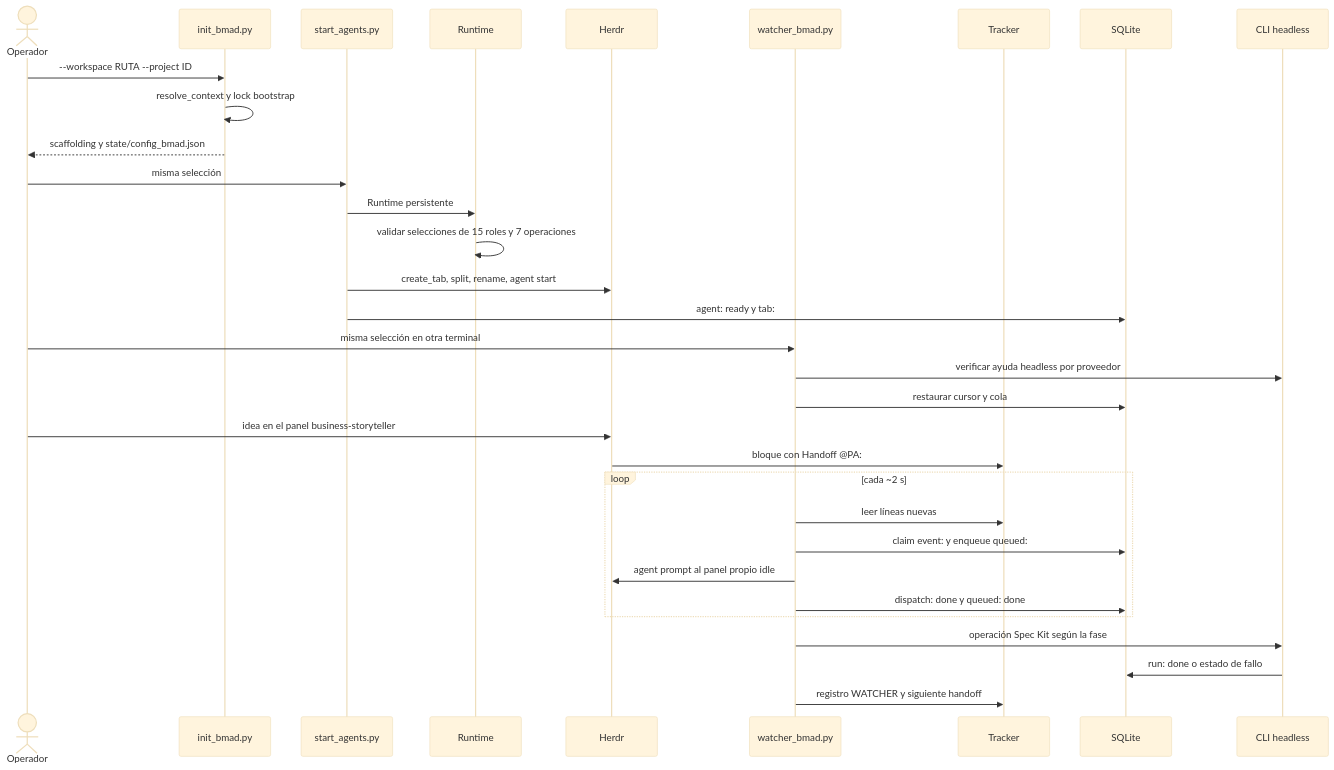
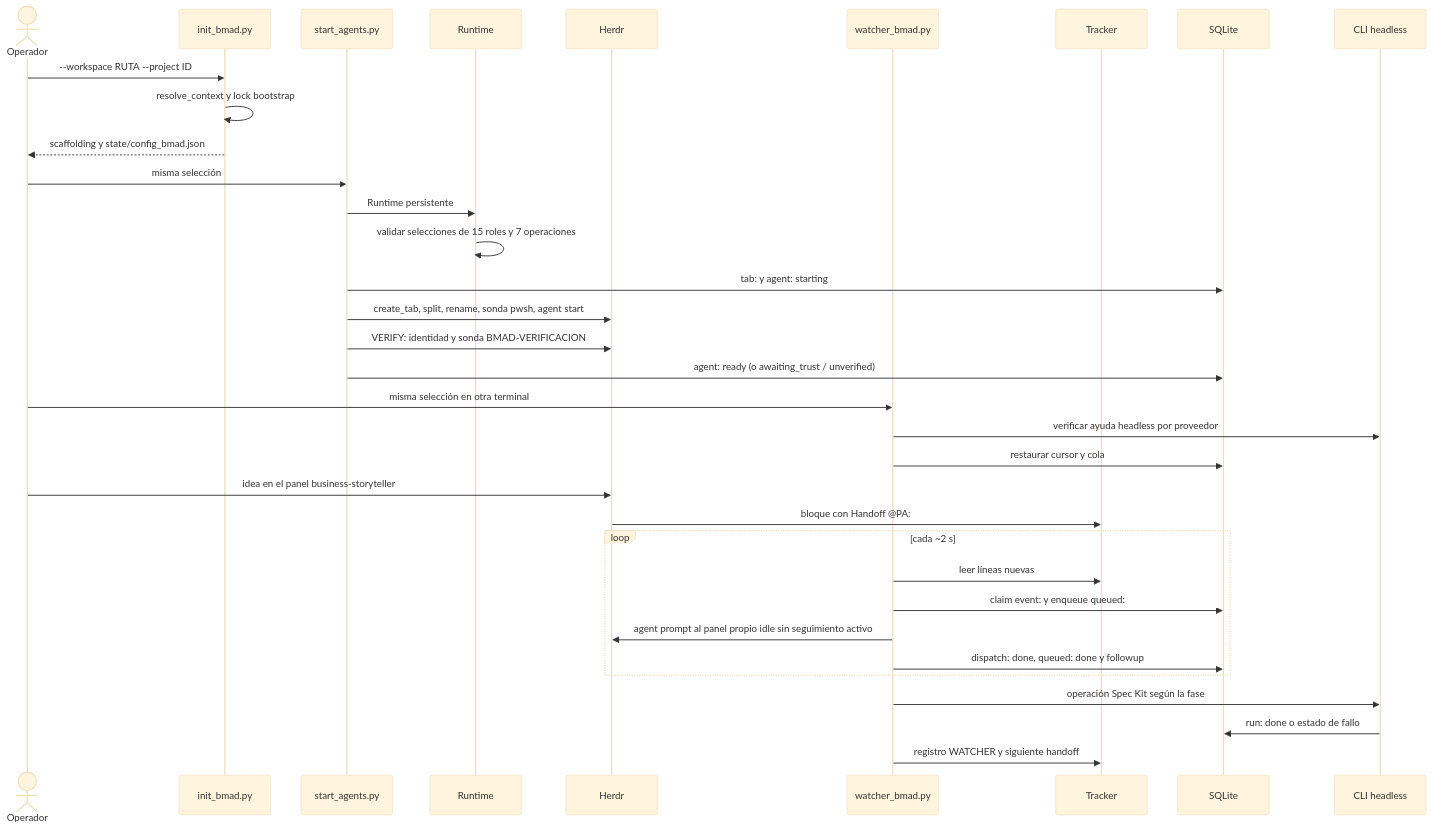
Diagram 14 of 21 in ARCHITECTURE.md (pauloravicaceres/template-bmad), drawn with Mermaid (base theme) before and after one commit. The commit also changed other lines of this file and 39 other files, not shown here.

````diff
--- a/ARCHITECTURE.md
+++ b/ARCHITECTURE.md
@@ -359,34 +498,36 @@
 ```mermaid
 sequenceDiagram
     actor OP as Operador
     participant I as init_bmad.py
     participant L as start_agents.py
     participant RT as Runtime
     participant H as Herdr
     participant W as watcher_bmad.py
     participant T as Tracker
     participant S as SQLite
     participant SK as CLI headless
     OP->>I: --workspace RUTA --project ID
     I->>I: resolve_context y lock bootstrap
     I-->>OP: scaffolding y state/config_bmad.json
     OP->>L: misma selección
     L->>RT: Runtime persistente
     RT->>RT: validar selecciones de 15 roles y 7 operaciones
-    L->>H: create_tab, split, rename, agent start
-    L->>S: agent: ready y tab:
+    L->>S: tab: y agent: starting
+    L->>H: create_tab, split, rename, sonda pwsh, agent start
+    L->>H: VERIFY: identidad y sonda BMAD-VERIFICACION
+    L->>S: agent: ready (o awaiting_trust / unverified)
     OP->>W: misma selección en otra terminal
     W->>SK: verificar ayuda headless por proveedor
     W->>S: restaurar cursor y cola
     OP->>H: idea en el panel business-storyteller
     H->>T: bloque con Handoff @PA:
     loop cada ~2 s
         W->>T: leer líneas nuevas
         W->>S: claim event: y enqueue queued:
-        W->>H: agent prompt al panel propio idle
-        W->>S: dispatch: done y queued: done
+        W->>H: agent prompt al panel propio idle sin seguimiento activo
+        W->>S: dispatch: done, queued: done y followup
     end
     W->>SK: operación Spec Kit según la fase
     SK->>S: run: done o estado de fallo
     W->>T: registro WATCHER y siguiente handoff
 ```
````
